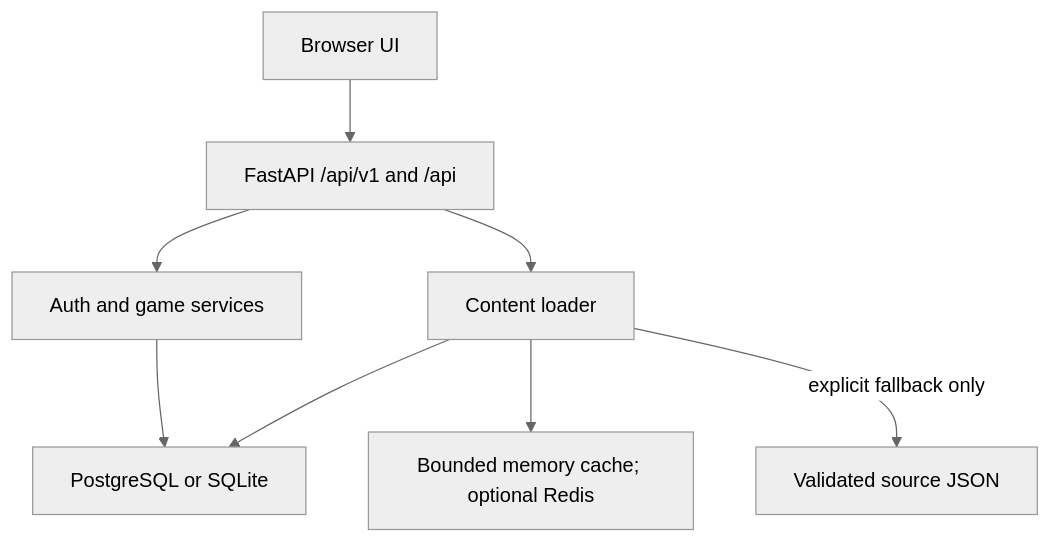
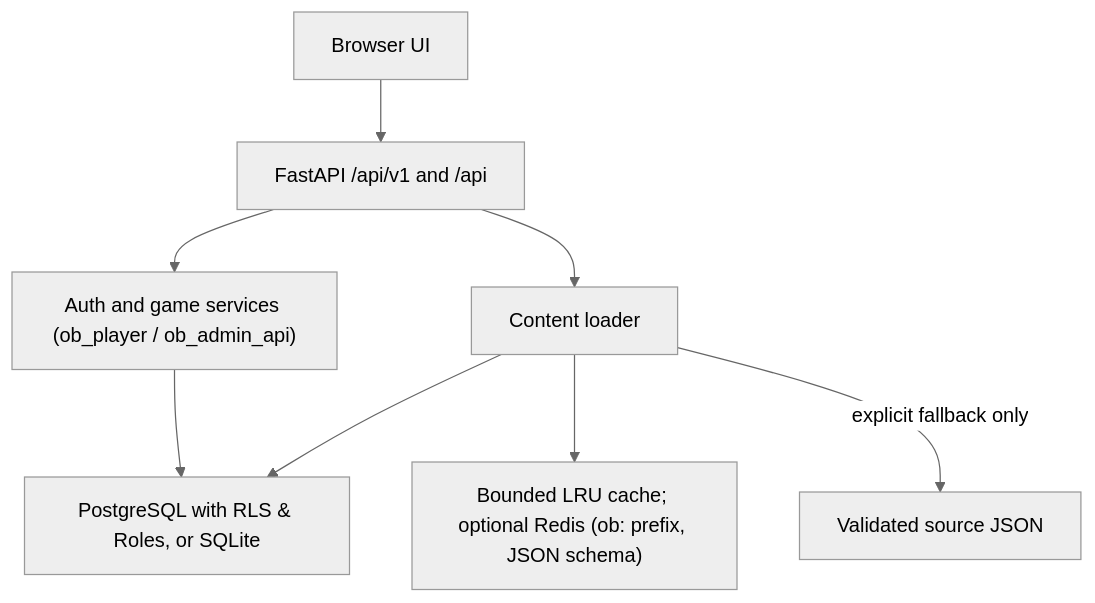
Before and after one commit to DKxi/OrganicBattlesProductionUpgrade: the first of 4 diagrams in temp/OrganicBattles_Cookbook_Updated.md, drawn with Mermaid (neutral theme). The commit also changed other lines of this file and 3 other files, not shown here.

Commit message:
docs(temp): mark action items as FIXED or TODO and update diagrams to latest architecture

````diff
--- a/temp/OrganicBattles_Cookbook_Updated.md
+++ b/temp/OrganicBattles_Cookbook_Updated.md
@@ -27,10 +27,10 @@
 ```mermaid
 flowchart TD
     B["Browser UI"] --> API["FastAPI /api/v1 and /api"]
-    API --> AUTH["Auth and game services"]
+    API --> AUTH["Auth and game services (ob_player / ob_admin_api)"]
     API --> CONTENT["Content loader"]
-    AUTH --> DB["PostgreSQL or SQLite"]
+    AUTH --> DB["PostgreSQL with RLS & Roles, or SQLite"]
     CONTENT --> DB
-    CONTENT --> CACHE["Bounded memory cache; optional Redis"]
+    CONTENT --> CACHE["Bounded LRU cache; optional Redis (ob: prefix, JSON schema)"]
     CONTENT -->|"explicit fallback only"| JSON["Validated source JSON"]
 ```
````
